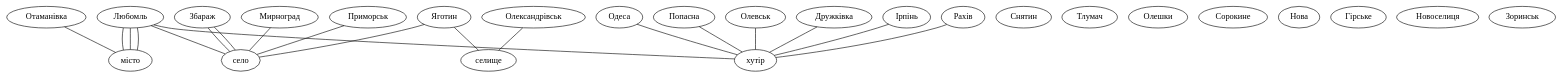
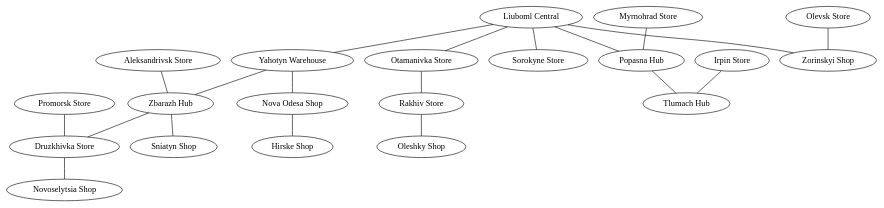
Before and after one commit to kyrylo-om/unordered_cat_team: the diagram in names.dot, drawn with Graphviz. The commit also changed 24 other files, not shown here.

```diff
--- a/names.dot
+++ b/names.dot
@@ -1,21 +1,46 @@
-graph Names {
-    місто Яготин -- селище Збараж [distance=1.98];
-    селище Збараж -- село Дружківка [distance=7.99];
-    селище Збараж -- село Снятин [distance=6.02];
-    місто Олександрівськ -- селище Збараж [distance=9.85];
-    місто Ірпінь -- хутір Тлумач [distance=3.21];
-    місто Отаманівка -- місто Рахів [distance=1.02];
-    місто Рахів -- хутір Олешки [distance=9.89];
-    місто Любомль -- місто Сорокине [distance=9.51];
-    село Нова Одеса -- хутір Гірське [distance=6.79];
-    місто Любомль -- село Попасна [distance=6.2];
-    село Попасна -- хутір Тлумач [distance=4.95];
-    місто Мирноград -- село Попасна [distance=6.78];
-    місто Любомль -- місто Отаманівка [distance=8.06];
-    місто Приморськ -- село Дружківка [distance=5.42];
-    село Дружківка -- хутір Новоселиця [distance=4.64];
-    місто Яготин -- село Нова Одеса [distance=7.55];
-    місто Олевськ -- хутір Зоринськ [distance=1.32];
-    місто Любомль -- місто Яготин [distance=2.34];
-    місто Любомль -- хутір Зоринськ [distance=8.53];
+graph Distribution {
+    "Yahotyn Warehouse" [label="Yahotyn Warehouse", type="warehouse"];
+    "Zbarazh Hub" [label="Zbarazh Hub", type="warehouse"];
+    "Druzkhivka Store" [label="Druzkhivka Store", type="shop"];
+    "Sniatyn Shop" [label="Sniatyn Shop", type="shop"];
+
+    "Aleksandrivsk Store" [label="Aleksandrivsk Store", type="shop"];
+    "Irpin Store" [label="Irpin Store", type="shop"];
+    "Tlumaсh Hub" [label="Tlumaсh Hub", type="warehouse"];
+    "Otamanivka Store" [label="Otamanivka Store", type="shop"];
+
+    "Rakhiv Store" [label="Rakhiv Store", type="shop"];
+    "Oleshky Shop" [label="Oleshky Shop", type="shop"];
+    "Liuboml Central" [label="Liuboml Central", type="warehouse"];
+    "Sorokyne Store" [label="Sorokyne Store", type="shop"];
+
+    "Nova Odesa Shop" [label="Nova Odesa Shop", type="shop"];
+    "Hirske Shop" [label="Hirske Shop", type="shop"];
+    "Popasna Hub" [label="Popasna Hub", type="warehouse"];
+    "Myrnohrad Store" [label="Myrnohrad Store", type="shop"];
+
+    "Promorsk Store" [label="Promorsk Store", type="shop"];
+    "Novoselytsia Shop" [label="Novoselytsia Shop", type="shop"];
+    "Olevsk Store" [label="Olevsk Store", type="shop"];
+    "Zorinskyi Shop" [label="Zorinskyi Shop", type="shop"];
+
+    "Yahotyn Warehouse" -- "Zbarazh Hub" [distance=7.55];
+    "Zbarazh Hub" -- "Druzkhivka Store" [distance=7.99];
+    "Zbarazh Hub" -- "Sniatyn Shop" [distance=6.02];
+    "Aleksandrivsk Store" -- "Zbarazh Hub" [distance=9.85];
+    "Irpin Store" -- "Tlumaсh Hub" [distance=3.21];
+    "Otamanivka Store" -- "Rakhiv Store" [distance=1.02];
+    "Rakhiv Store" -- "Oleshky Shop" [distance=9.89];
+    "Liuboml Central" -- "Sorokyne Store" [distance=9.51];
+    "Nova Odesa Shop" -- "Hirske Shop" [distance=6.79];
+    "Liuboml Central" -- "Popasna Hub" [distance=6.2];
+    "Popasna Hub" -- "Tlumaсh Hub" [distance=4.95];
+    "Myrnohrad Store" -- "Popasna Hub" [distance=6.78];
+    "Liuboml Central" -- "Otamanivka Store" [distance=8.06];
+    "Promorsk Store" -- "Druzkhivka Store" [distance=5.42];
+    "Druzkhivka Store" -- "Novoselytsia Shop" [distance=4.64];
+    "Yahotyn Warehouse" -- "Nova Odesa Shop" [distance=7.55];
+    "Olevsk Store" -- "Zorinskyi Shop" [distance=1.32];
+    "Liuboml Central" -- "Yahotyn Warehouse" [distance=2.34];
+    "Liuboml Central" -- "Zorinskyi Shop" [distance=8.53];
 }
```
